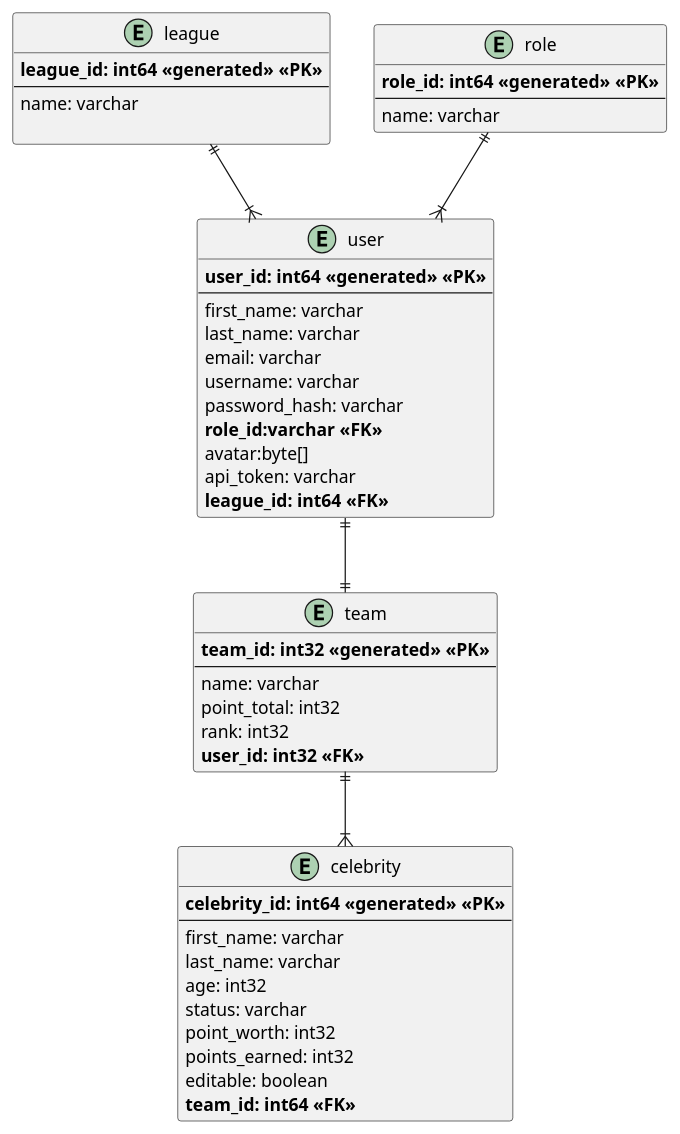
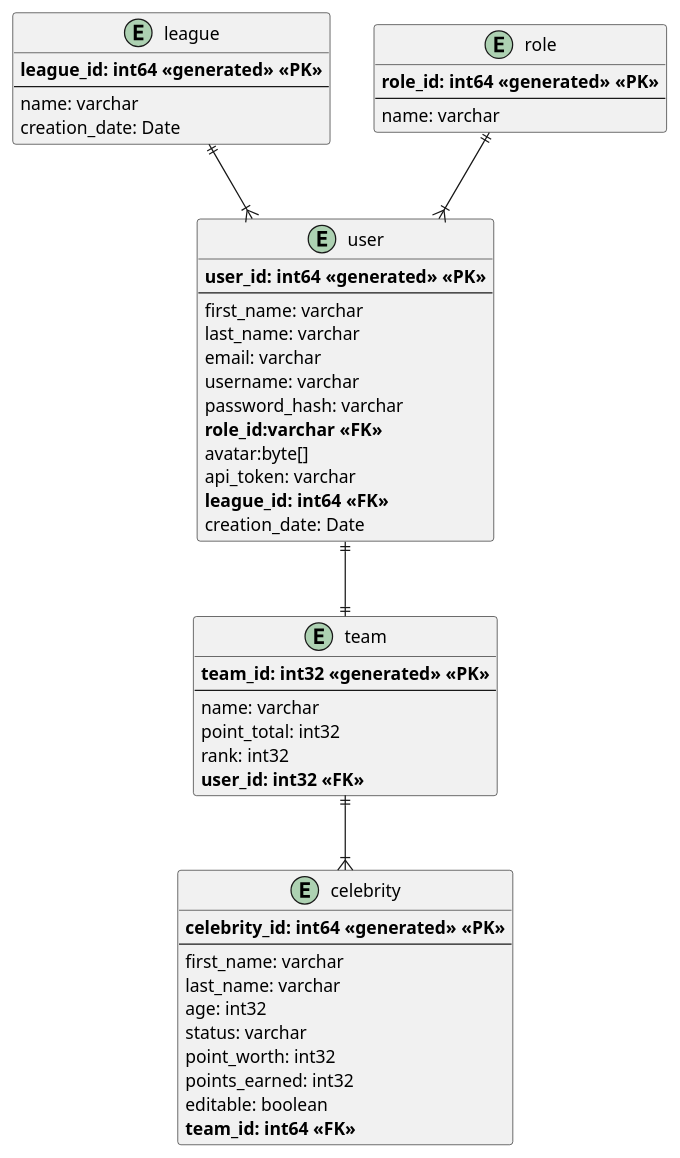
The diagram in uml/ceg-schema.puml (jbrewkeggin/ceg-ui), drawn with PlantUML before and after one commit. The commit also changed 9 other files, not shown here.

```diff
--- a/uml/ceg-schema.puml
+++ b/uml/ceg-schema.puml
@@ -1,57 +1,58 @@
 @startuml
 'https://plantuml.com/object-diagram
 
 entity "league" as league {
     **league_id: int64 <<generated>> <<PK>>**
     --
     name: varchar
-
+    creation_date: Date
 }
 
 entity "role" as role {
     **role_id: int64 <<generated>> <<PK>>**
     --
     name: varchar
 }
 
 entity "celebrity" as celebrity {
     **celebrity_id: int64 <<generated>> <<PK>>**
     --
     first_name: varchar
     last_name: varchar
     age: int32
     status: varchar
     point_worth: int32
     points_earned: int32
     editable: boolean
     **team_id: int64 <<FK>>**
 }
 
 entity "user" as user {
     **user_id: int64 <<generated>> <<PK>>**
     --
     first_name: varchar
     last_name: varchar
     email: varchar
     username: varchar
     password_hash: varchar
     **role_id:varchar <<FK>>**
     avatar:byte[]
     api_token: varchar
     **league_id: int64 <<FK>>**
+    creation_date: Date
 }
 
 entity "team" as team {
     **team_id: int32 <<generated>> <<PK>>**
     --
     name: varchar
     point_total: int32
     rank: int32
     **user_id: int32 <<FK>>**
 }
 
 league||--|{user
 role||--|{user
 user||--||team
 team||--|{celebrity
 @enduml
```
